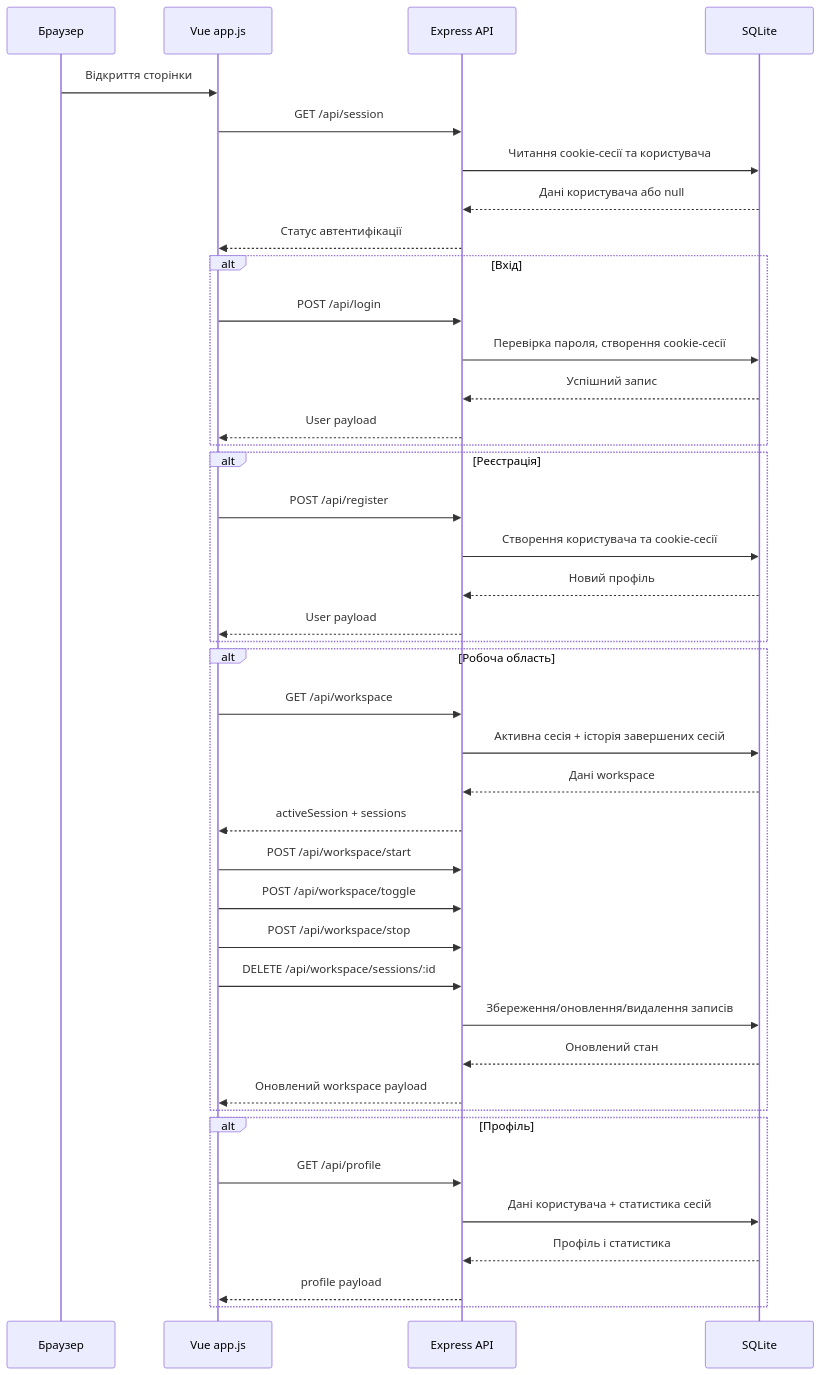
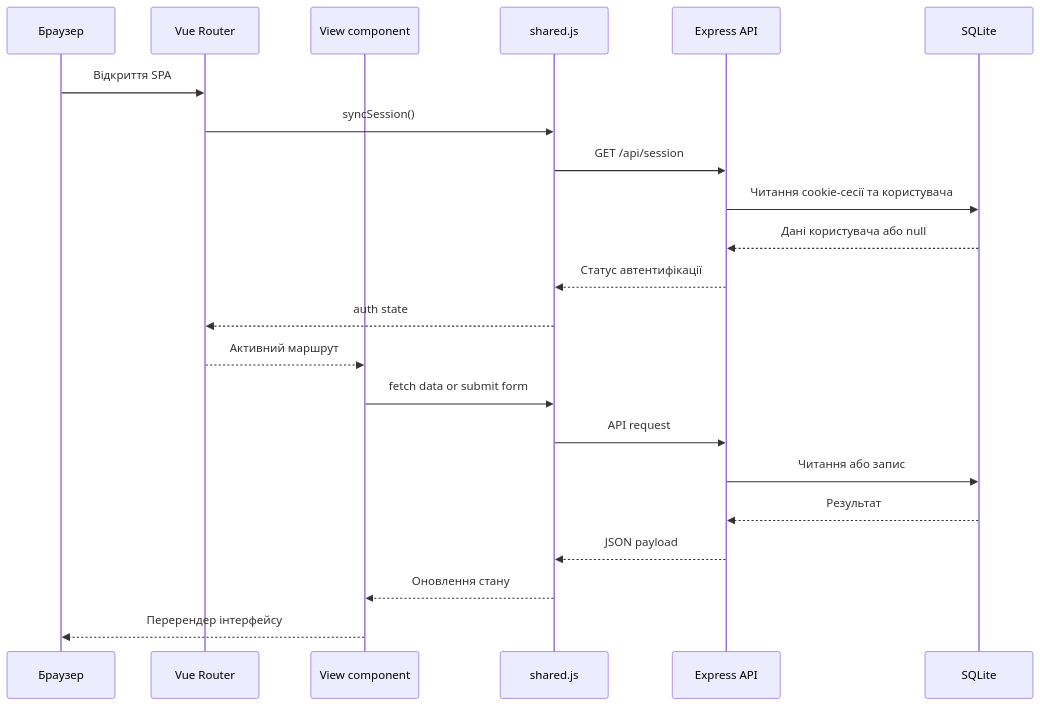
One commit to PR0TX/Web-design changed the third of 3 diagrams in README.md. Above: the diagram before and after it, drawn with Mermaid. The commit also changed other lines of this file and 21 other files, not shown here.

Commit message:
Convert multi-page app to Vue SPA

````diff
--- a/README.md
+++ b/README.md
@@ -126,49 +113,26 @@
 ```mermaid
 sequenceDiagram
     participant B as Браузер
-    participant V as Vue app.js
+    participant R as Vue Router
+    participant V as View component
+    participant H as shared.js
     participant A as Express API
     participant D as SQLite
 
-    B->>V: Відкриття сторінки
-    V->>A: GET /api/session
+    B->>R: Відкриття SPA
+    R->>H: syncSession()
+    H->>A: GET /api/session
     A->>D: Читання cookie-сесії та користувача
     D-->>A: Дані користувача або null
-    A-->>V: Статус автентифікації
+    A-->>H: Статус автентифікації
+    H-->>R: auth state
+    R-->>V: Активний маршрут
 
-    alt Вхід
-        V->>A: POST /api/login
-        A->>D: Перевірка пароля, створення cookie-сесії
-        D-->>A: Успішний запис
-        A-->>V: User payload
-    end
-
-    alt Реєстрація
-        V->>A: POST /api/register
-        A->>D: Створення користувача та cookie-сесії
-        D-->>A: Новий профіль
-        A-->>V: User payload
-    end
-
-    alt Робоча область
-        V->>A: GET /api/workspace
-        A->>D: Активна сесія + історія завершених сесій
-        D-->>A: Дані workspace
-        A-->>V: activeSession + sessions
-
-        V->>A: POST /api/workspace/start
-        V->>A: POST /api/workspace/toggle
-        V->>A: POST /api/workspace/stop
-        V->>A: DELETE /api/workspace/sessions/:id
-        A->>D: Збереження/оновлення/видалення записів
-        D-->>A: Оновлений стан
-        A-->>V: Оновлений workspace payload
-    end
-
-    alt Профіль
-        V->>A: GET /api/profile
-        A->>D: Дані користувача + статистика сесій
-        D-->>A: Профіль і статистика
-        A-->>V: profile payload
-    end
+    V->>H: fetch data or submit form
+    H->>A: API request
+    A->>D: Читання або запис
+    D-->>A: Результат
+    A-->>H: JSON payload
+    H-->>V: Оновлення стану
+    V-->>B: Перерендер інтерфейсу
 ```
````
